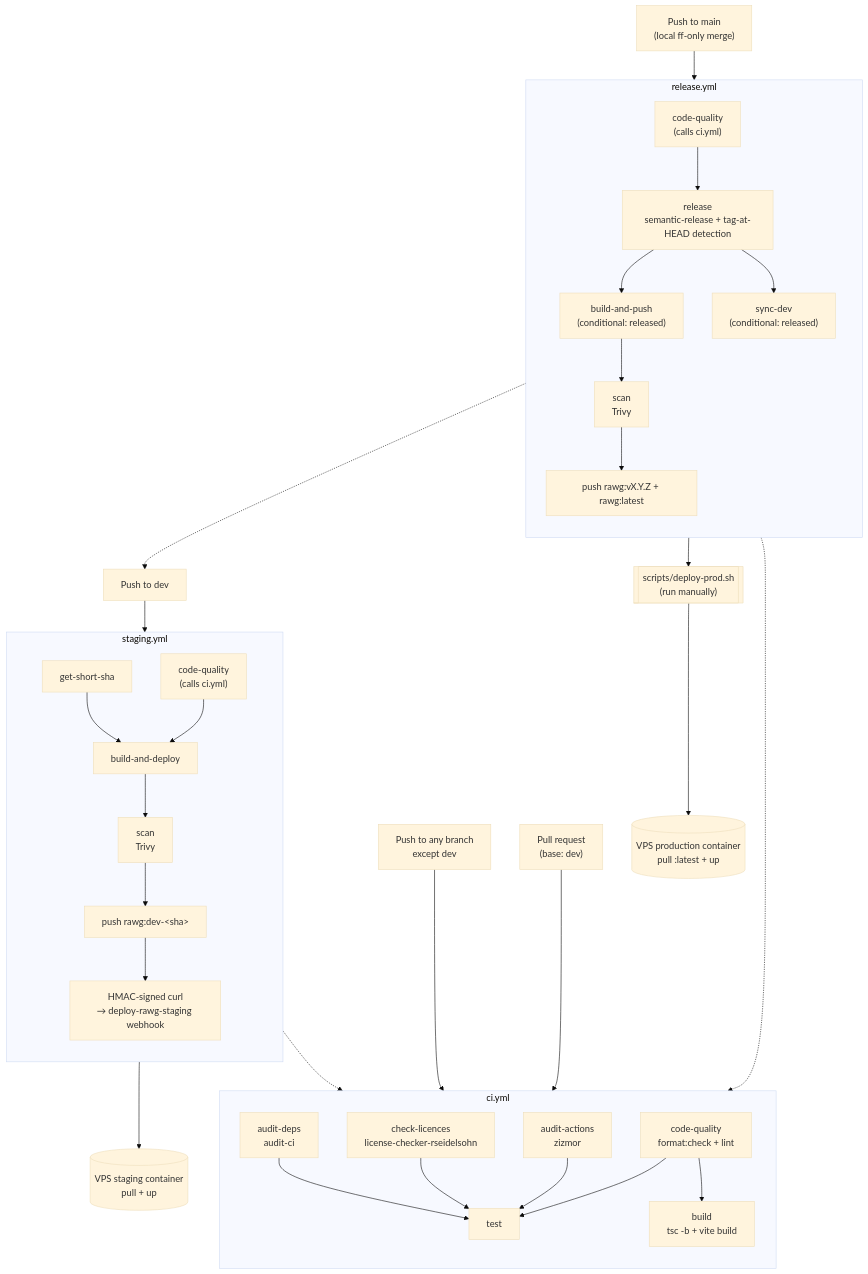
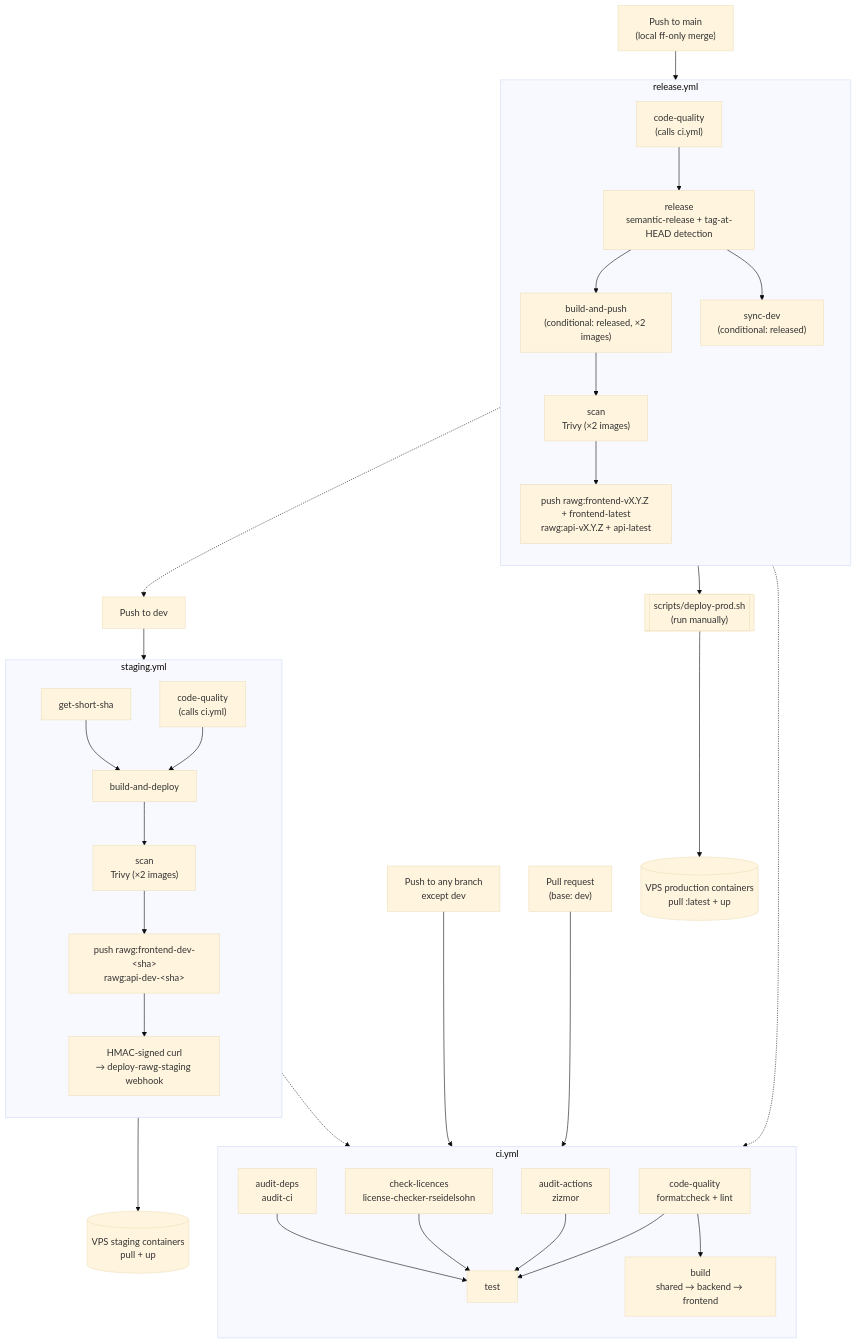
Before and after one commit to ddZ6ii/rawg: the diagram in README.md, drawn with Mermaid (base theme). The commit also changed other lines of this file and 4 other files, not shown here.

First line of the commit message:
docs: update CI/CD and Docker docs for the frontend/backend split

````diff
--- a/README.md
+++ b/README.md
@@ -43,49 +47,49 @@
 ```mermaid
 flowchart TD
     FEAT["Push to any branch<br/>except dev"]
     PR["Pull request<br/>(base: dev)"]
     DEVPUSH["Push to dev"]
     MAINPUSH["Push to main<br/>(local ff-only merge)"]
 
     FEAT --> CI
     PR --> CI
 
     subgraph CI["ci.yml"]
         direction TB
         CQ["code-quality<br/>format:check + lint"] --> T["test"]
         AA["audit-actions<br/>zizmor"] --> T
         CL["check-licences<br/>license-checker-rseidelsohn"] --> T
         AD["audit-deps<br/>audit-ci"] --> T
-        CQ --> B["build<br/>tsc -b + vite build"]
+        CQ --> B["build<br/>shared → backend → frontend"]
     end
 
     DEVPUSH --> STAGING
 
     subgraph STAGING["staging.yml"]
         direction TB
         SSHA["get-short-sha"]
         SCQ["code-quality<br/>(calls ci.yml)"]
         SSHA --> SSTEP["build-and-deploy"]
         SCQ --> SSTEP
-        SSTEP --> SSCAN["scan<br/>Trivy"]
-        SSCAN --> SPUSH["push rawg:dev-&lt;sha&gt;"]
+        SSTEP --> SSCAN["scan<br/>Trivy (×2 images)"]
+        SSCAN --> SPUSH["push rawg:frontend-dev-&lt;sha&gt;<br/>rawg:api-dev-&lt;sha&gt;"]
         SPUSH --> SHOOK["HMAC-signed curl<br/>→ deploy-rawg-staging webhook"]
     end
     SCQ -.-> CI
-    SHOOK --> STAGEVPS[("VPS staging container<br/>pull + up")]
+    SHOOK --> STAGEVPS[("VPS staging containers<br/>pull + up")]
 
     MAINPUSH --> RELEASE
 
     subgraph RELEASE["release.yml"]
         direction TB
         RCQ["code-quality<br/>(calls ci.yml)"] --> RREL["release<br/>semantic-release + tag-at-HEAD detection"]
-        RREL --> RSTEP["build-and-push<br/>(conditional: released)"]
+        RREL --> RSTEP["build-and-push<br/>(conditional: released, ×2 images)"]
         RREL --> RSYNC["sync-dev<br/>(conditional: released)"]
-        RSTEP --> RSCAN["scan<br/>Trivy"]
-        RSCAN --> RPUSH["push rawg:vX.Y.Z + rawg:latest"]
+        RSTEP --> RSCAN["scan<br/>Trivy (×2 images)"]
+        RSCAN --> RPUSH["push rawg:frontend-vX.Y.Z + frontend-latest<br/>rawg:api-vX.Y.Z + api-latest"]
     end
     RCQ -.-> CI
     RSYNC -.-> DEVPUSH
     RPUSH --> MANUAL[["scripts/deploy-prod.sh<br/>(run manually)"]]
-    MANUAL --> PRODVPS[("VPS production container<br/>pull :latest + up")]
+    MANUAL --> PRODVPS[("VPS production containers<br/>pull :latest + up")]
 ```
````
